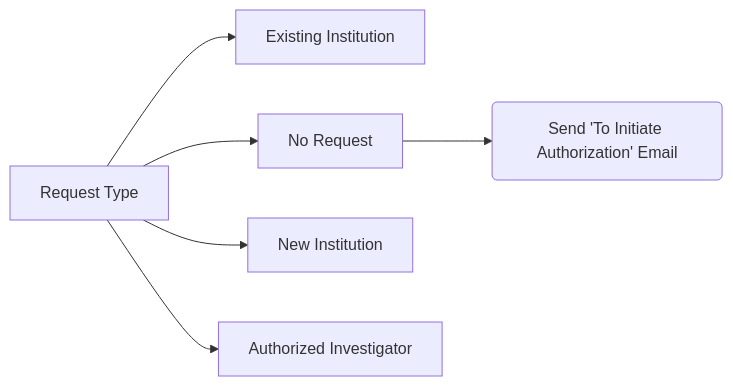
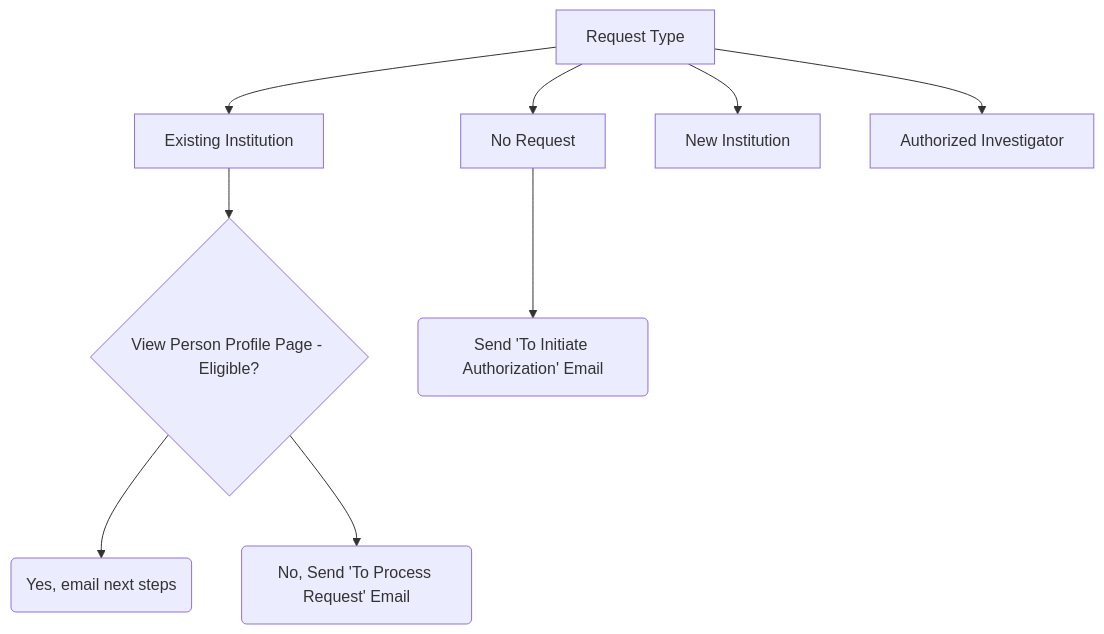
The second of 2 diagrams in src/admin/flowcharts.qmd (databrary/guide), drawn with Mermaid before and after one commit. The commit also changed 51 other files, not shown here.

Commit message:
update flowchart

````diff
--- a/src/admin/flowcharts.qmd
+++ b/src/admin/flowcharts.qmd
@@ -20,7 +20,8 @@
 ```{mermaid}
-flowchart LR
-  A[Request Type] --> B[Existing Institution]
+flowchart
+  A[Request Type] --> B[Existing Institution] --> G{View Person Profile Page - Eligible? } --> H(Yes, email next steps)
+  G --> I(No, Send 'To Process Request' Email)
   A --> C[No Request] --> F(Send 'To Initiate Authorization' Email)
   A --> D[New Institution]
   A --> E[Authorized Investigator]
 ```
````
